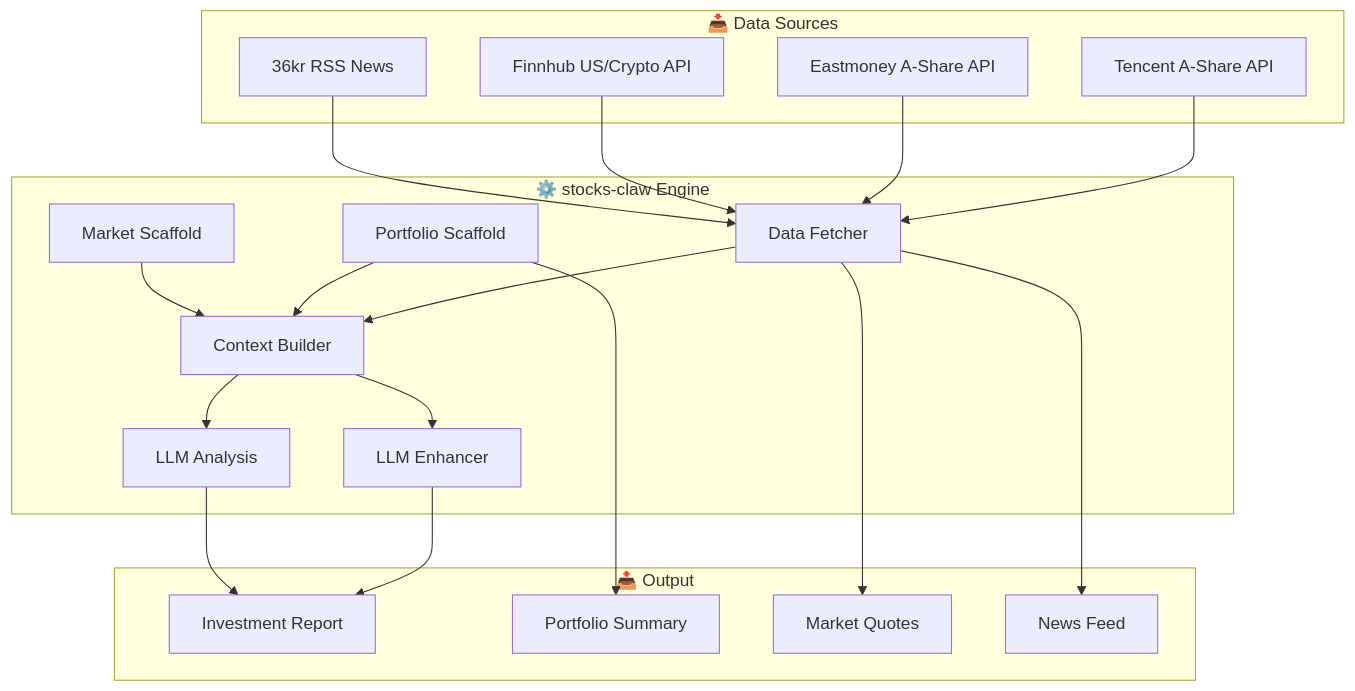
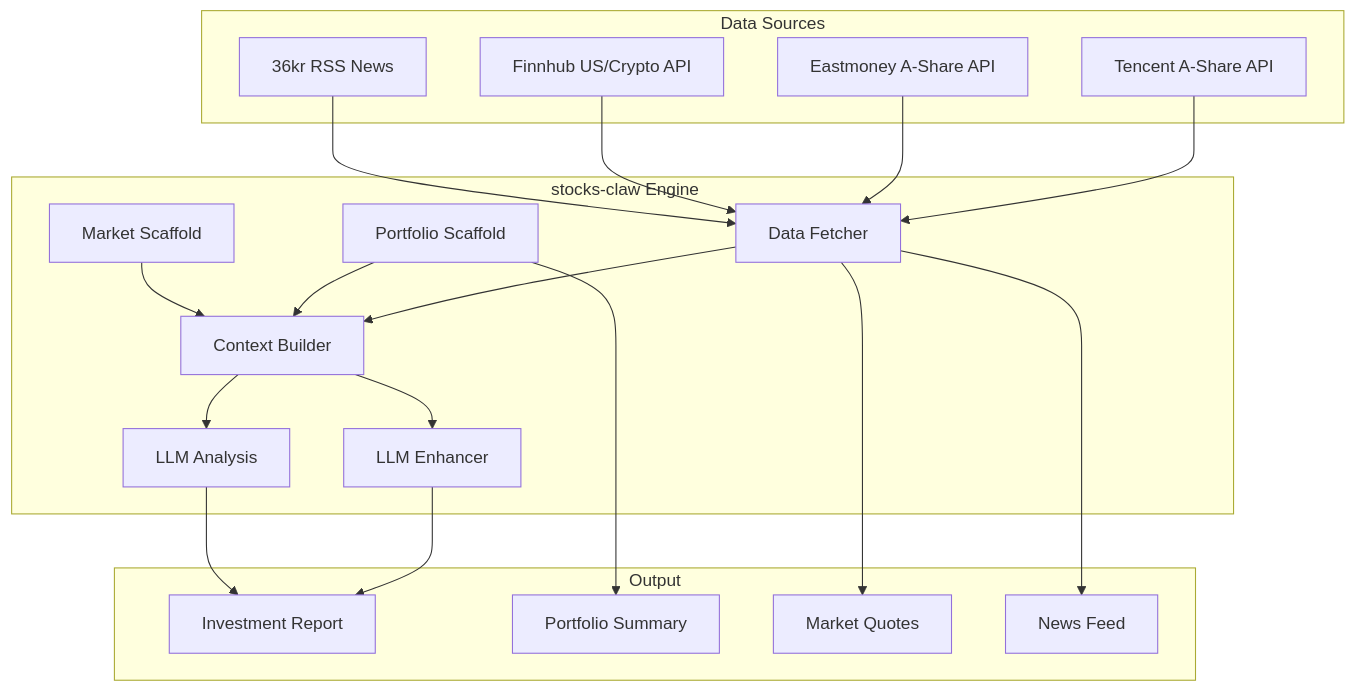
One commit to BakaAkari/stocks-claw changed the diagram in README.md. Above: the diagram before and after it, drawn with Mermaid. The commit also changed other lines of this file and 10 other files, not shown here.

````diff
--- a/README.md
+++ b/README.md
@@ -67,40 +67,40 @@
 ```mermaid
 flowchart TB
-    subgraph Input["📥 Data Sources"]
-        A[Tencent A-Share API]
-        B[Eastmoney A-Share API]
-        C[Finnhub US/Crypto API]
-        D[36kr RSS News]
-    end
+subgraph Input[" Data Sources"]
+A[Tencent A-Share API]
+B[Eastmoney A-Share API]
+C[Finnhub US/Crypto API]
+D[36kr RSS News]
+end
 
-    subgraph Engine["⚙️ stocks-claw Engine"]
-        E[Data Fetcher]
-        F[Portfolio Scaffold]
-        G[Market Scaffold]
-        H[Context Builder]
-        I[LLM Enhancer]
-        J[LLM Analysis]
-    end
+subgraph Engine["️ stocks-claw Engine"]
+E[Data Fetcher]
+F[Portfolio Scaffold]
+G[Market Scaffold]
+H[Context Builder]
+I[LLM Enhancer]
+J[LLM Analysis]
+end
 
-    subgraph Output["📤 Output"]
-        K[Investment Report]
-        L[Portfolio Summary]
-        M[Market Quotes]
-        N[News Feed]
-    end
+subgraph Output[" Output"]
+K[Investment Report]
+L[Portfolio Summary]
+M[Market Quotes]
+N[News Feed]
+end
 
-    A --> E
-    B --> E
-    C --> E
-    D --> E
-    E --> H
-    F --> H
-    G --> H
-    H --> I
-    H --> J
-    I --> K
-    J --> K
-    E --> M
-    E --> N
-    F --> L
+A --> E
+B --> E
+C --> E
+D --> E
+E --> H
+F --> H
+G --> H
+H --> I
+H --> J
+I --> K
+J --> K
+E --> M
+E --> N
+F --> L
 ```
````
